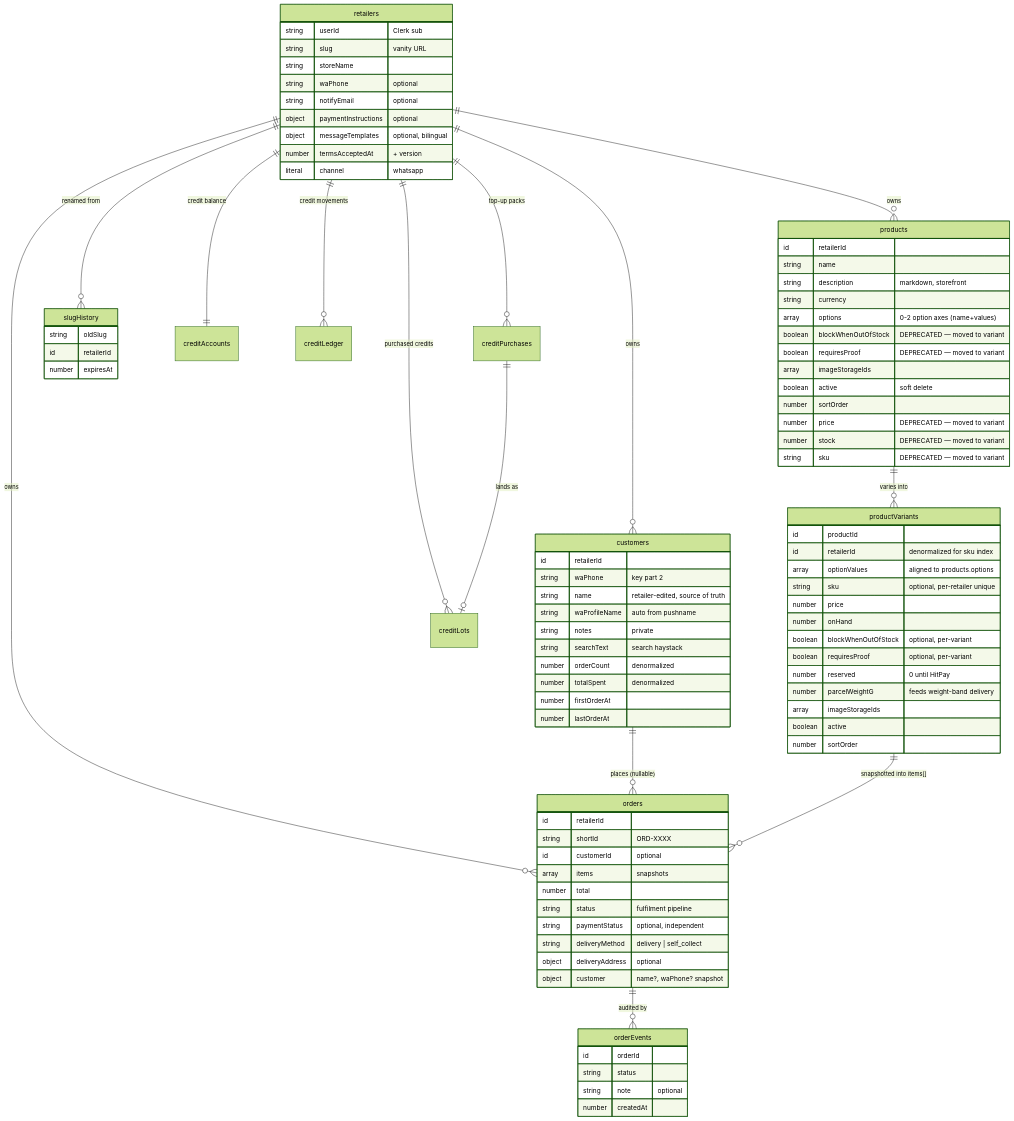
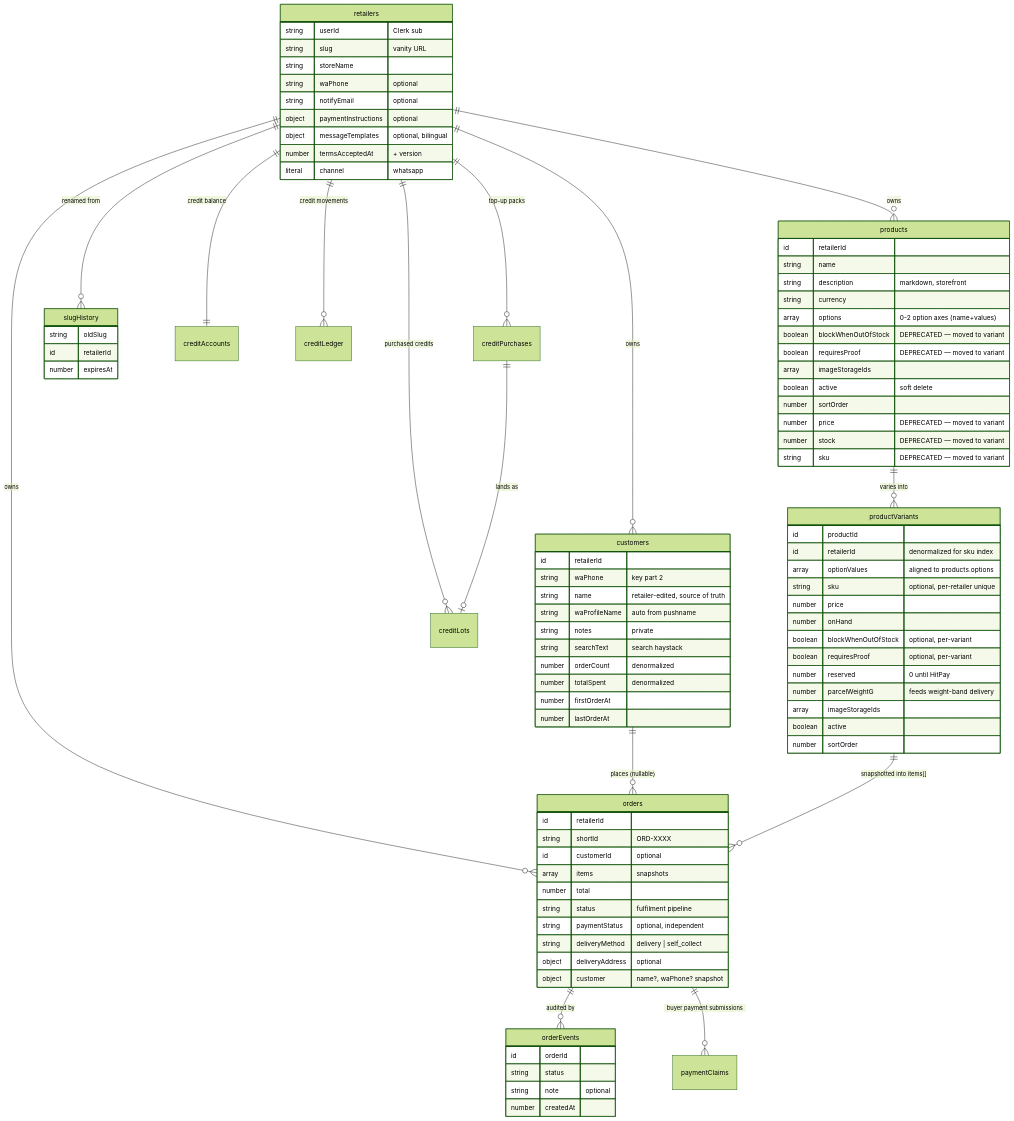
Before and after one commit to Kedaipal/kedaipal: the diagram in docs/data-model.md, drawn with Mermaid (forest theme). The commit also changed other lines of this file and 37 other files, not shown here.

First line of the commit message:
feat: keep buyer payment proofs reachable + clickable links in seller notes

```diff
--- a/docs/data-model.md
+++ b/docs/data-model.md
@@ -19,6 +19,7 @@
     retailers ||--o{ slugHistory : "renamed from"
     customers ||--o{ orders : "places (nullable)"
     orders ||--o{ orderEvents : "audited by"
+    orders ||--o{ paymentClaims : "buyer payment submissions"
     retailers ||--|| creditAccounts : "credit balance"
     retailers ||--o{ creditLedger : "credit movements"
     retailers ||--o{ creditLots : "purchased credits"
```
